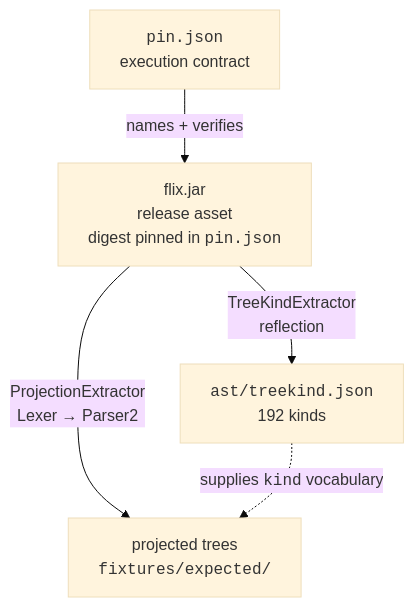
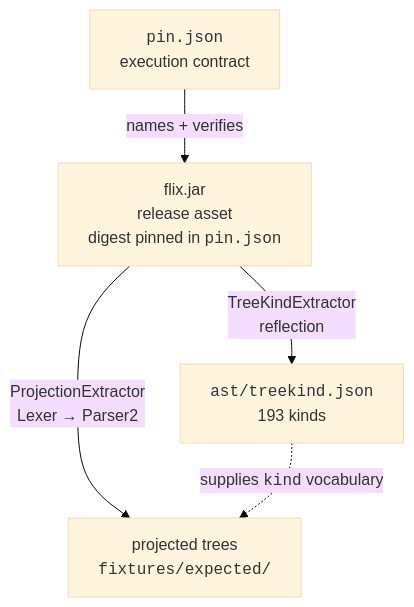
One commit to wstein/flix-spec changed the diagram in README.md. Above: the diagram before and after it, drawn with Mermaid (base theme). The commit also changed other lines of this file and 372 other files, not shown here.

````diff
--- a/README.md
+++ b/README.md
@@ -154,12 +154,12 @@
 ```mermaid
 flowchart TD
     REL["flix.jar<br/>release asset<br/>digest pinned in <code>pin.json</code>"]
     PIN["<code>pin.json</code><br/>execution contract"]
-    TK["<code>ast/treekind.json</code><br/>192 kinds"]
+    TK["<code>ast/treekind.json</code><br/>193 kinds"]
     PROJ["projected trees<br/><code>fixtures/expected/</code>"]
 
     PIN -->|"names + verifies"| REL
     REL -->|"TreeKindExtractor<br/>reflection"| TK
     REL -->|"ProjectionExtractor<br/>Lexer → Parser2"| PROJ
     TK -.->|"supplies <code>kind</code> vocabulary"| PROJ
 ```
````
